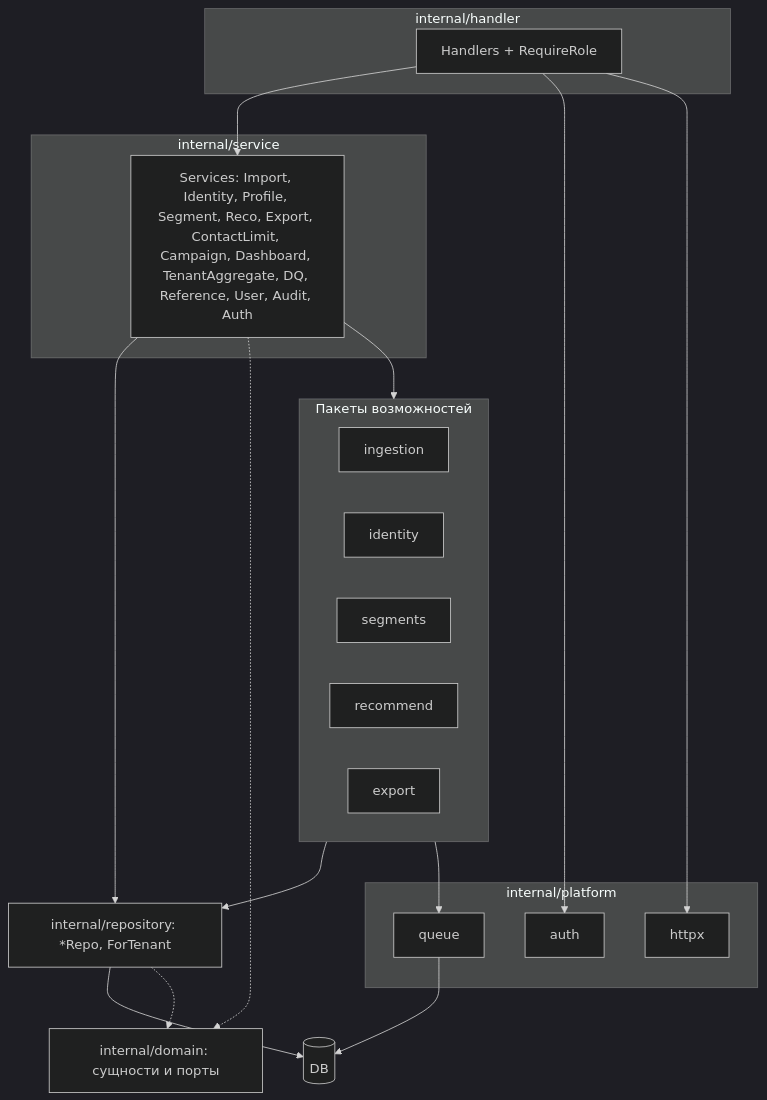
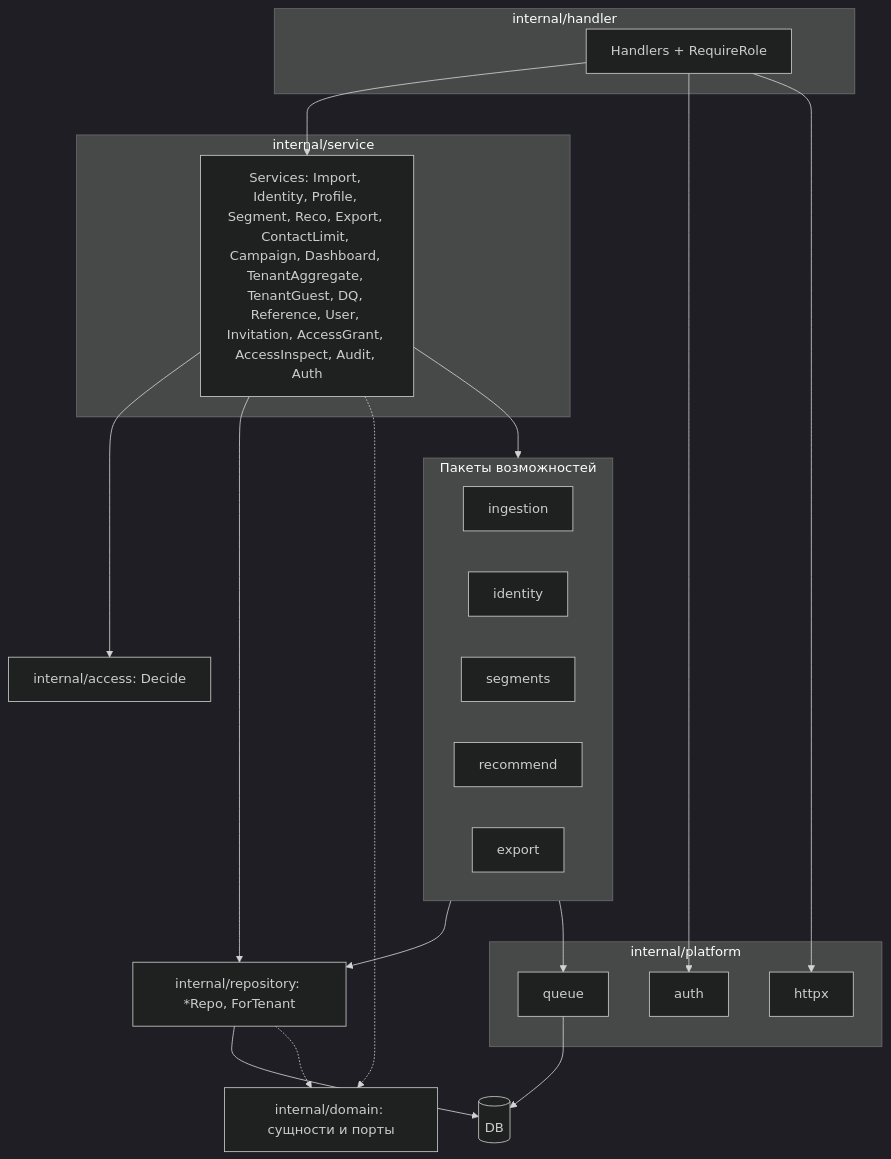
One commit to MangriMen/UCRP changed the third of 5 diagrams in docs/design/12-c4.md. Above: the diagram before and after it, drawn with Mermaid (dark theme). The commit also changed other lines of this file and 10 other files, not shown here.

````diff
--- a/docs/design/12-c4.md
+++ b/docs/design/12-c4.md
@@ -58,35 +58,37 @@
 ```mermaid
 flowchart TB
   subgraph H["internal/handler"]
     HA["Handlers + RequireRole"]
   end
   subgraph S["internal/service"]
-    SV["Services: Import, Identity, Profile, Segment, Reco, Export, ContactLimit, Campaign, Dashboard, TenantAggregate, DQ, Reference, User, Audit, Auth"]
+    SV["Services: Import, Identity, Profile, Segment, Reco, Export, ContactLimit, Campaign, Dashboard, TenantAggregate, TenantGuest, DQ, Reference, User, Invitation, AccessGrant, AccessInspect, Audit, Auth"]
   end
   subgraph CAP["Пакеты возможностей"]
     ING["ingestion"]
     IDN["identity"]
     SEG["segments"]
     REC["recommend"]
     EXPT["export"]
   end
   subgraph PL["internal/platform"]
     AUTH["auth"]
     QU["queue"]
     HX["httpx"]
   end
+  AC["internal/access: Decide"]
   REPO["internal/repository: *Repo, ForTenant"]
   DOM["internal/domain: сущности и порты"]
   DB[("DB")]
   HA --> SV
   HA --> AUTH
   SV --> CAP
+  SV --> AC
   SV --> REPO
   CAP --> REPO
   CAP --> QU
   REPO --> DB
   QU --> DB
   HA --> HX
   SV -.-> DOM
   REPO -.-> DOM
 ```
````
